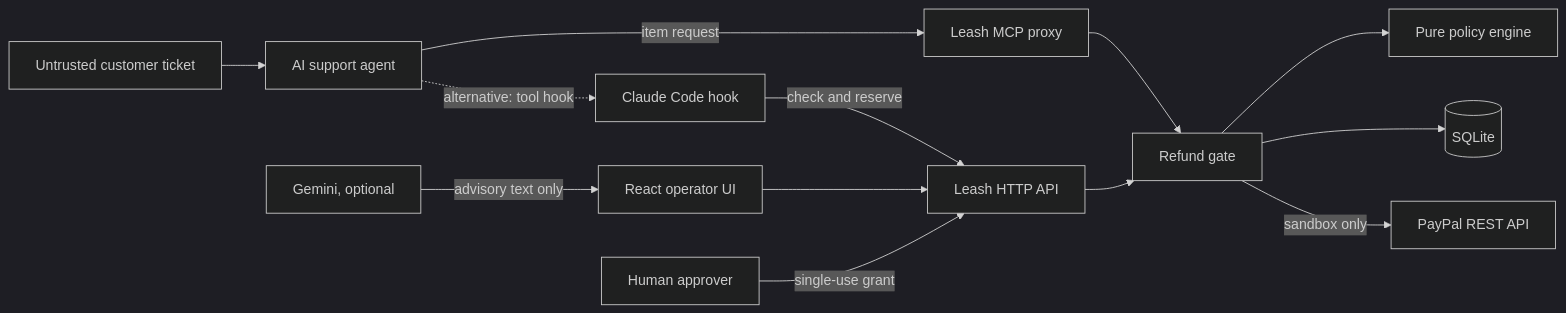
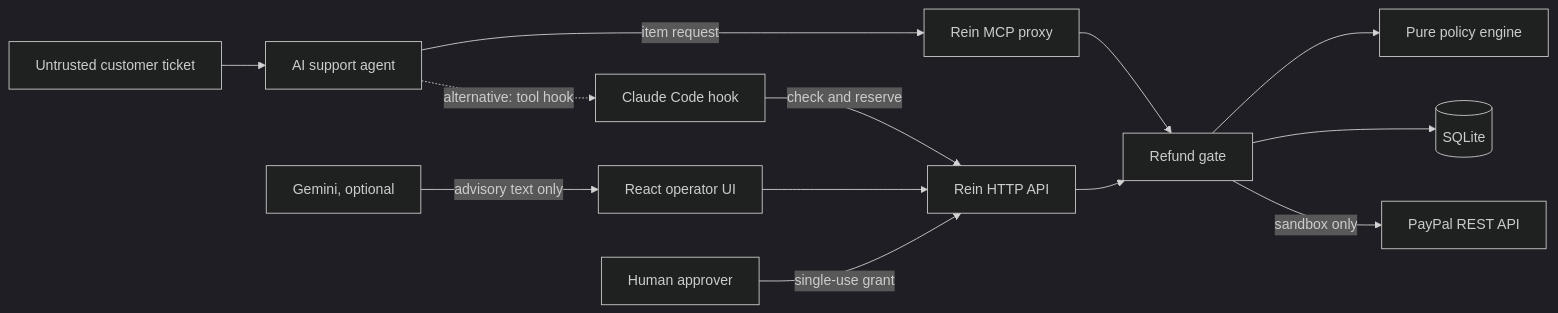
Before and after one commit to darkphoenix2208/REIN: the first of 2 diagrams in docs/Architecture/SYSTEM_ARCHITECTURE.md, drawn with Mermaid (dark theme). The commit also changed other lines of this file and 89 other files, not shown here.

First line of the commit message:
refactor(rename): Leash → Rein with LEASH_* fallbacks

````diff
--- a/docs/Architecture/SYSTEM_ARCHITECTURE.md
+++ b/docs/Architecture/SYSTEM_ARCHITECTURE.md
@@ -7,15 +7,15 @@
 ```mermaid
 flowchart LR
     Ticket[Untrusted customer ticket] --> Agent[AI support agent]
-    Agent -->|item request| Proxy[Leash MCP proxy]
+    Agent -->|item request| Proxy[Rein MCP proxy]
     Agent -.->|alternative: tool hook| Hook[Claude Code hook]
-    Hook -->|check and reserve| API[Leash HTTP API]
+    Hook -->|check and reserve| API[Rein HTTP API]
     Proxy --> Gate[Refund gate]
     API --> Gate
     UI[React operator UI] --> API
     Gate --> Policy[Pure policy engine]
     Gate --> DB[(SQLite)]
     Gate -->|sandbox only| PayPal[PayPal REST API]
     Human[Human approver] -->|single-use grant| API
     Gemini[Gemini, optional] -->|advisory text only| UI
 ```
````
